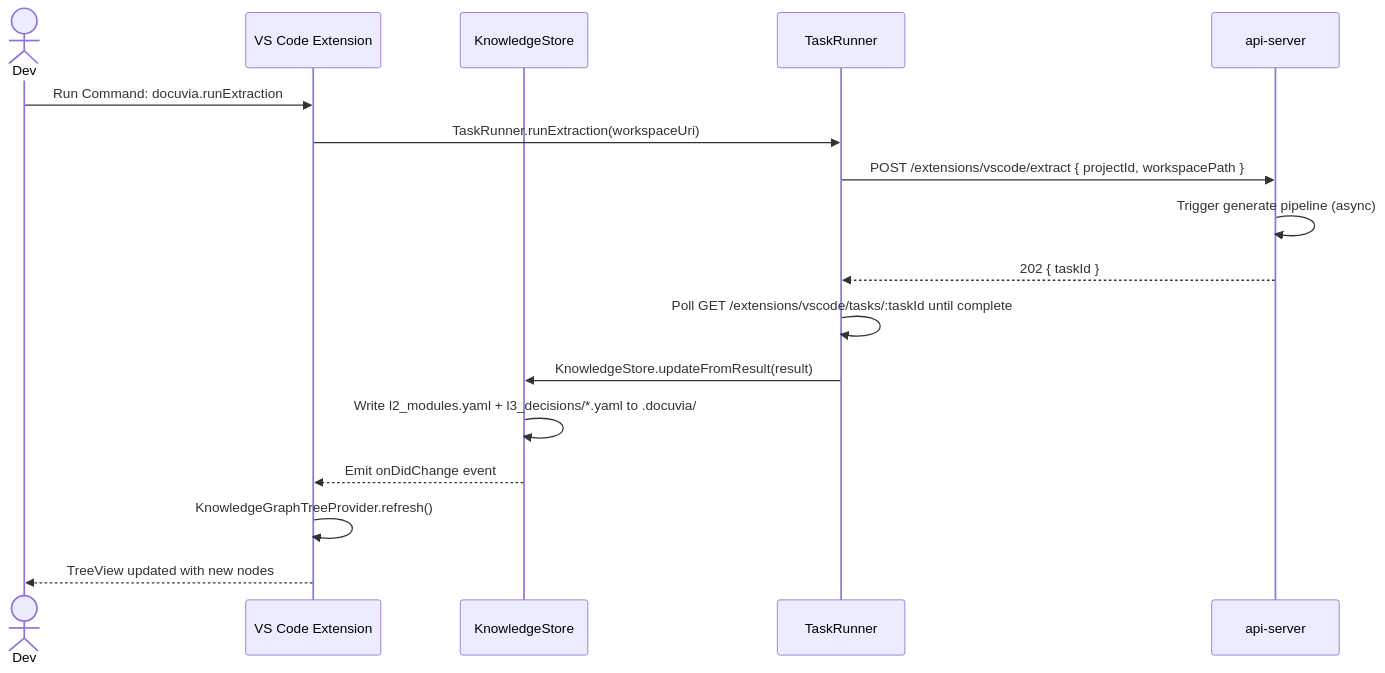
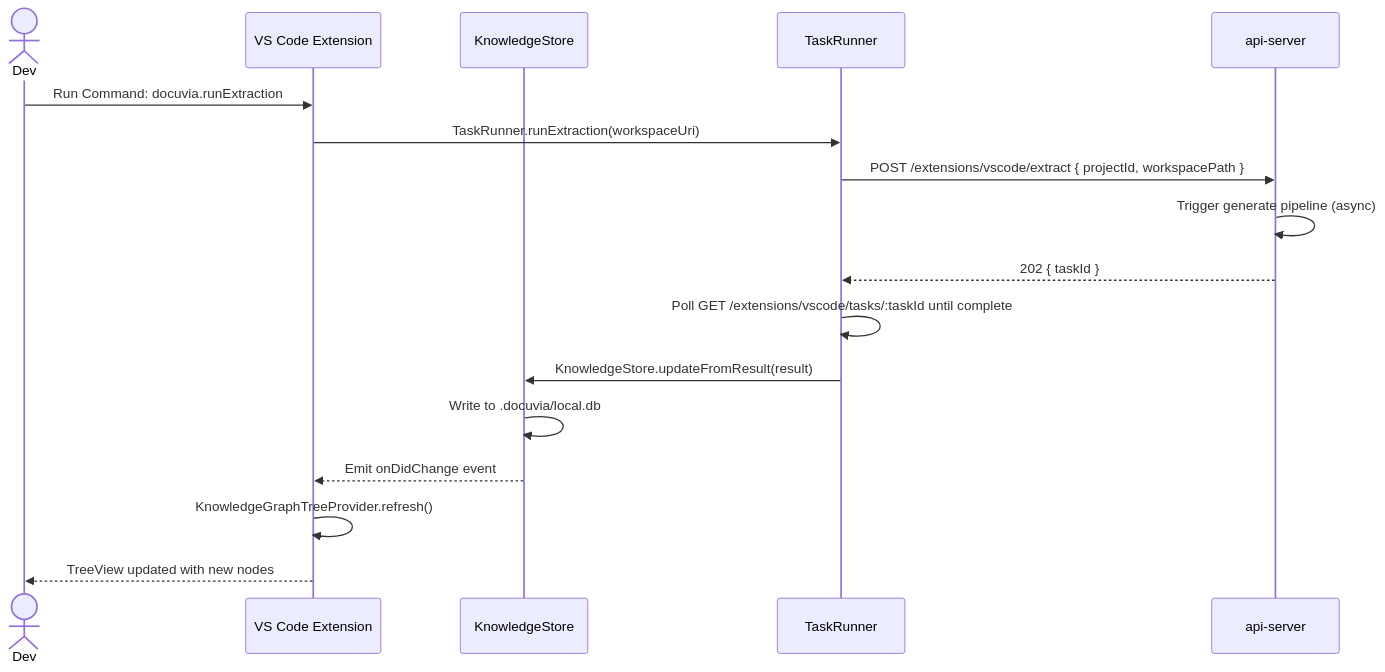
Before and after one commit to dyphn1/Docuvia: the fifth of 10 diagrams in docs/design/06-runtime-scenarios.md, drawn with Mermaid. The commit also changed 12 other files, not shown here.

Commit message:
refactor(vscode): eliminate remaining legacy YAML usage and align documentation to local SQLite architecture

````diff
--- a/docs/design/06-runtime-scenarios.md
+++ b/docs/design/06-runtime-scenarios.md
@@ -153,20 +153,20 @@
 ```mermaid
 sequenceDiagram
     actor Dev
     participant VSC as VS Code Extension
     participant KS as KnowledgeStore
     participant TR as TaskRunner
     participant API as api-server
 
     Dev->>VSC: Run Command: docuvia.runExtraction
     VSC->>TR: TaskRunner.runExtraction(workspaceUri)
     TR->>API: POST /extensions/vscode/extract { projectId, workspacePath }
     API->>API: Trigger generate pipeline (async)
     API-->>TR: 202 { taskId }
     TR->>TR: Poll GET /extensions/vscode/tasks/:taskId until complete
     TR->>KS: KnowledgeStore.updateFromResult(result)
-    KS->>KS: Write l2_modules.yaml + l3_decisions/*.yaml to .docuvia/
+    KS->>KS: Write to .docuvia/local.db
     KS-->>VSC: Emit onDidChange event
     VSC->>VSC: KnowledgeGraphTreeProvider.refresh()
     VSC-->>Dev: TreeView updated with new nodes
 ```
````
